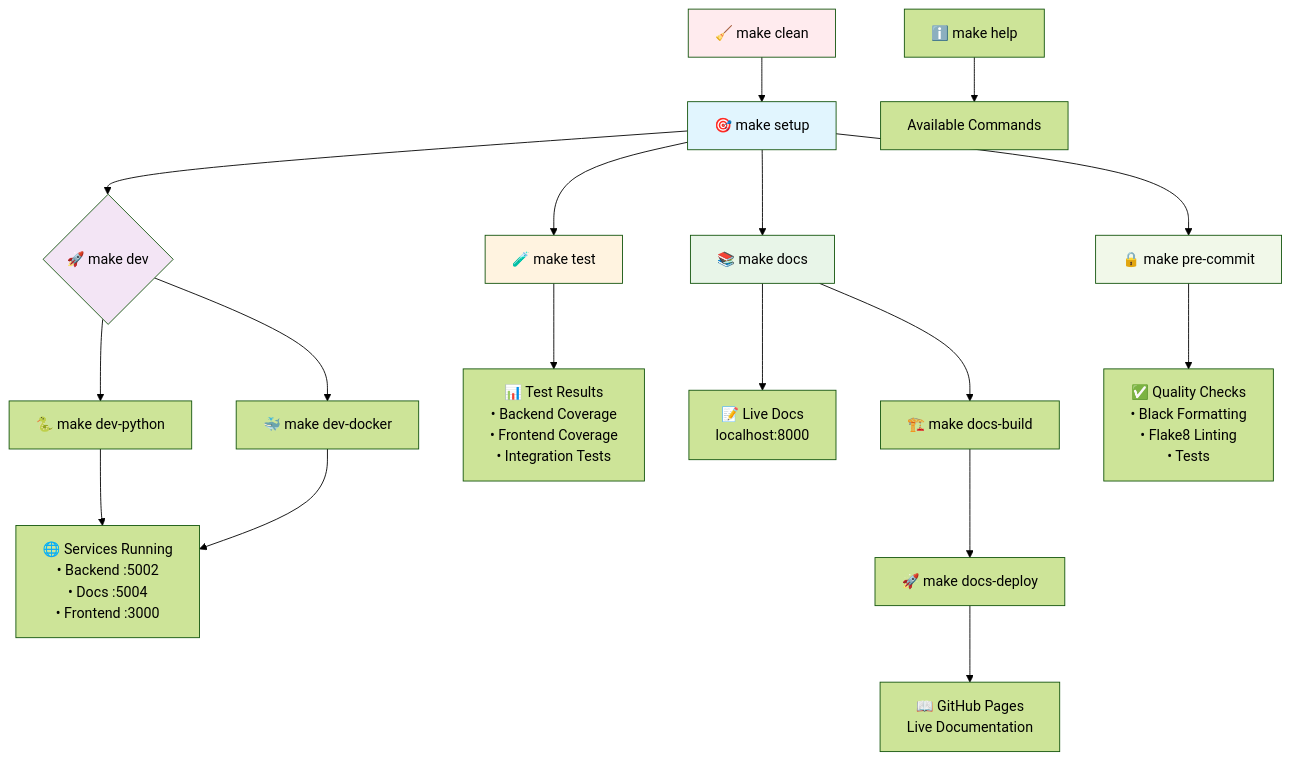
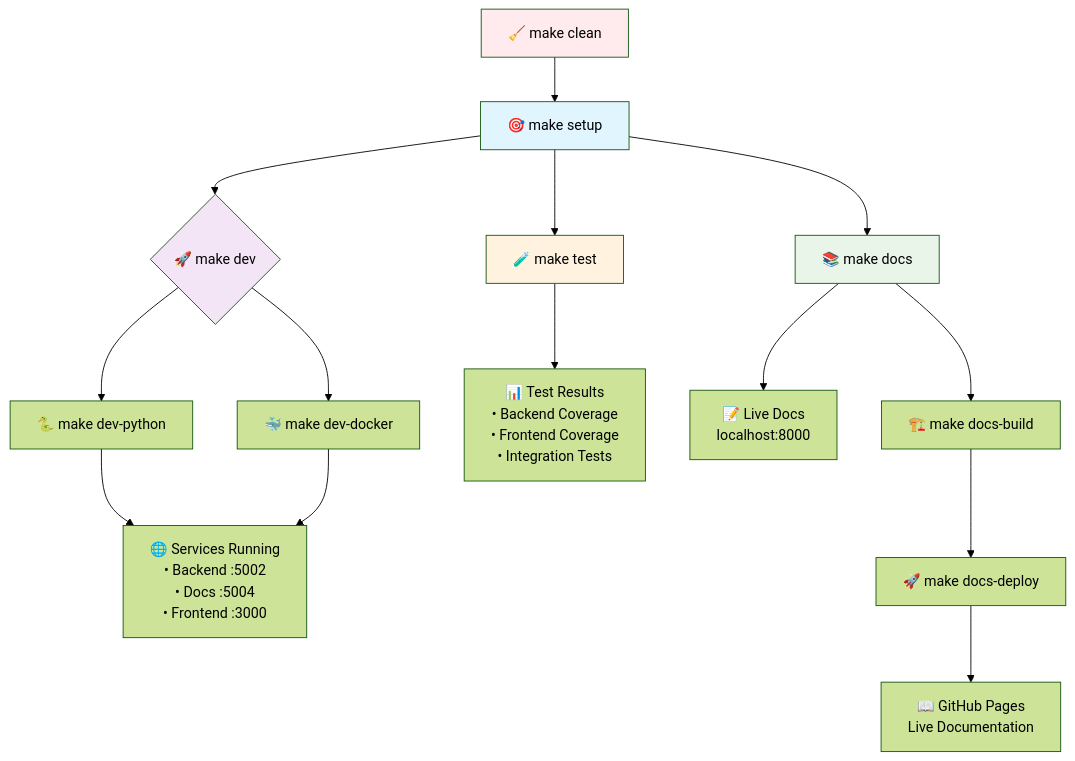
One commit to andreaendigital/CarPricePredictor-Demo changed the first of 2 diagrams in README.MD. Above: the diagram before and after it, drawn with Mermaid (forest theme). The commit also changed other lines of this file, not shown here.

````diff
--- a/README.MD
+++ b/README.MD
@@ -199,31 +347,26 @@
 ```mermaid
 flowchart TD
     A[🎯 make setup] --> B{🚀 make dev}
     B --> C[🐍 make dev-python]
     B --> D[🐳 make dev-docker]
 
     C --> E["🌐 Services Running<br/>• Backend :5002<br/>• Docs :5004<br/>• Frontend :3000"]
     D --> E
 
     A --> F[🧪 make test]
     F --> G["📊 Test Results<br/>• Backend Coverage<br/>• Frontend Coverage<br/>• Integration Tests"]
 
     A --> H[📚 make docs]
     H --> I["📝 Live Docs<br/>localhost:8000"]
     H --> J[🏗️ make docs-build]
     J --> K[🚀 make docs-deploy]
     K --> L["📖 GitHub Pages<br/>Live Documentation"]
 
-    A --> N[🔒 make pre-commit]
-    N --> O["✅ Quality Checks<br/>• Black Formatting<br/>• Flake8 Linting<br/>• Tests"]
-
     M[🧹 make clean] --> A
-    P[ℹ️ make help] --> Q["Available Commands"]
 
     style A fill:#e1f5fe
     style B fill:#f3e5f5
     style F fill:#fff3e0
     style H fill:#e8f5e8
     style M fill:#ffebee
-    style N fill:#f1f8e9
 ```
````
